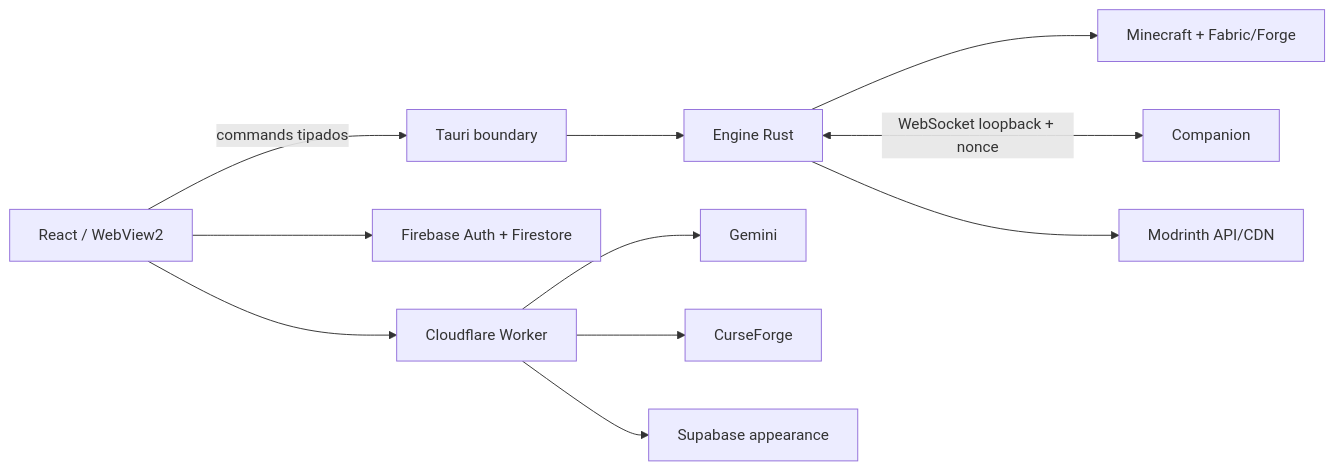
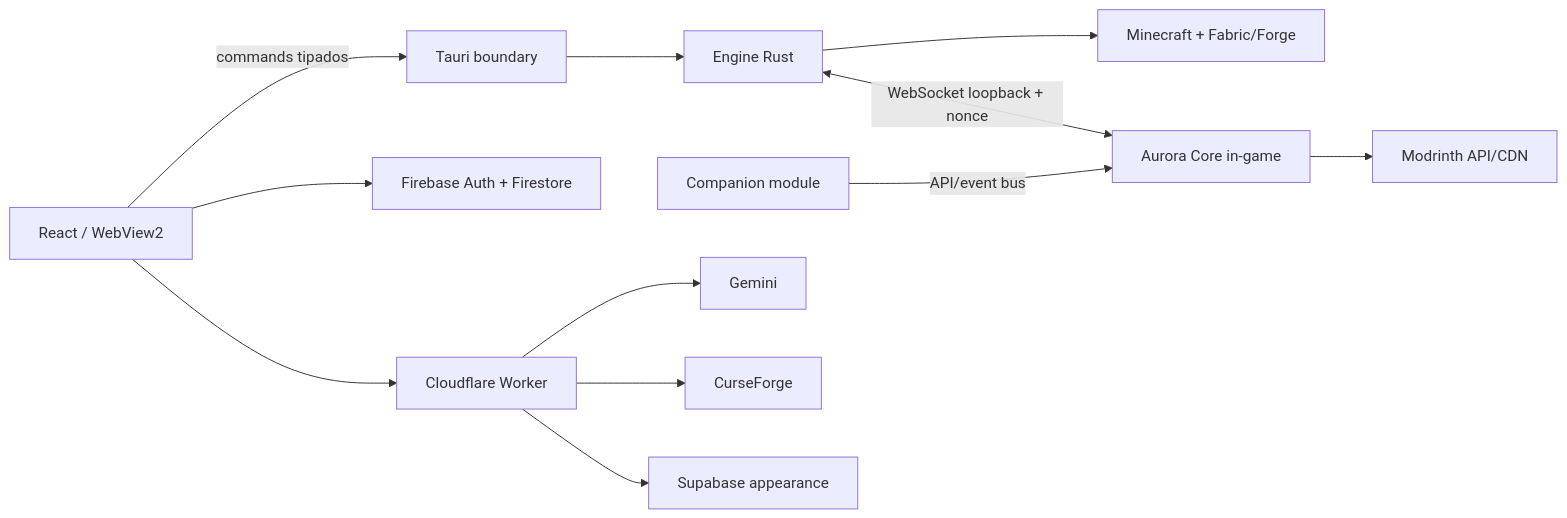
Before and after one commit to vinitor3/AuroraLauncher: the first of 2 diagrams in docs/engineering/ARCHITECTURE_REVIEW.md, drawn with Mermaid. The commit also changed other lines of this file and 24 other files, not shown here.

````diff
--- a/docs/engineering/ARCHITECTURE_REVIEW.md
+++ b/docs/engineering/ARCHITECTURE_REVIEW.md
@@ -5,13 +5,14 @@
 ```mermaid
 flowchart LR
   UI[React / WebView2] -->|commands tipados| TAURI[Tauri boundary]
-  TAURI --> CORE[Engine Rust]
-  CORE --> GAME[Minecraft + Fabric/Forge]
-  CORE <-->|WebSocket loopback + nonce| COMP[Companion]
+  TAURI --> ENGINE[Engine Rust]
+  ENGINE --> GAME[Minecraft + Fabric/Forge]
+  ENGINE <-->|WebSocket loopback + nonce| CORE[Aurora Core in-game]
+  COMP[Companion module] -->|API/event bus| CORE
   UI --> FIREBASE[Firebase Auth + Firestore]
   UI --> EDGE[Cloudflare Worker]
   EDGE --> GEMINI[Gemini]
   EDGE --> CF[CurseForge]
   EDGE --> SUPA[Supabase appearance]
   CORE --> MODRINTH[Modrinth API/CDN]
 ```
````
